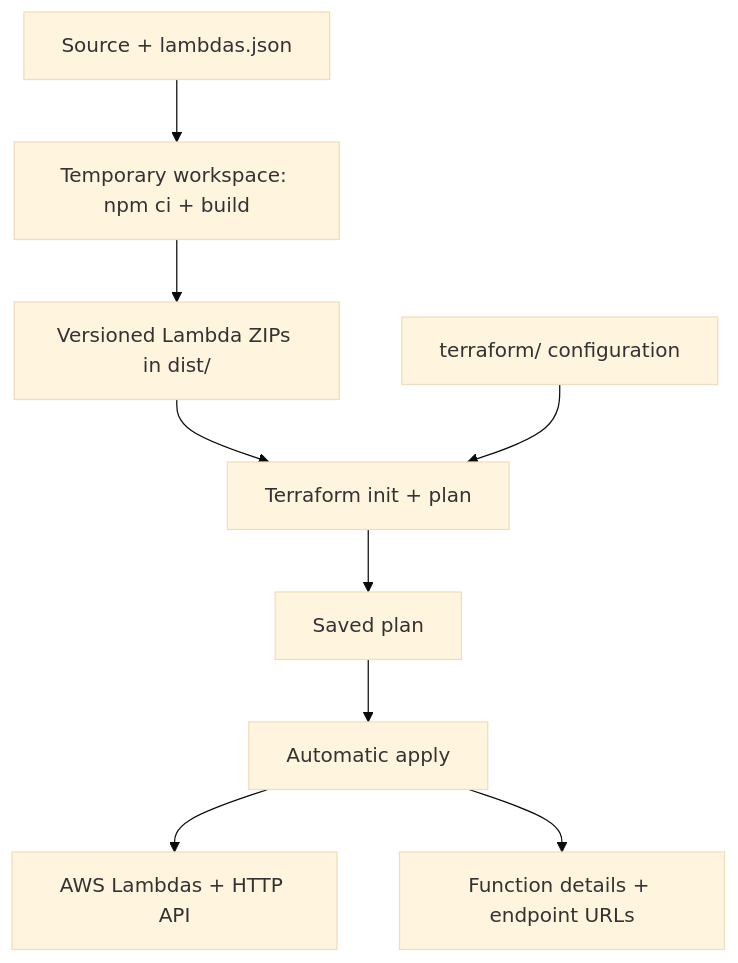
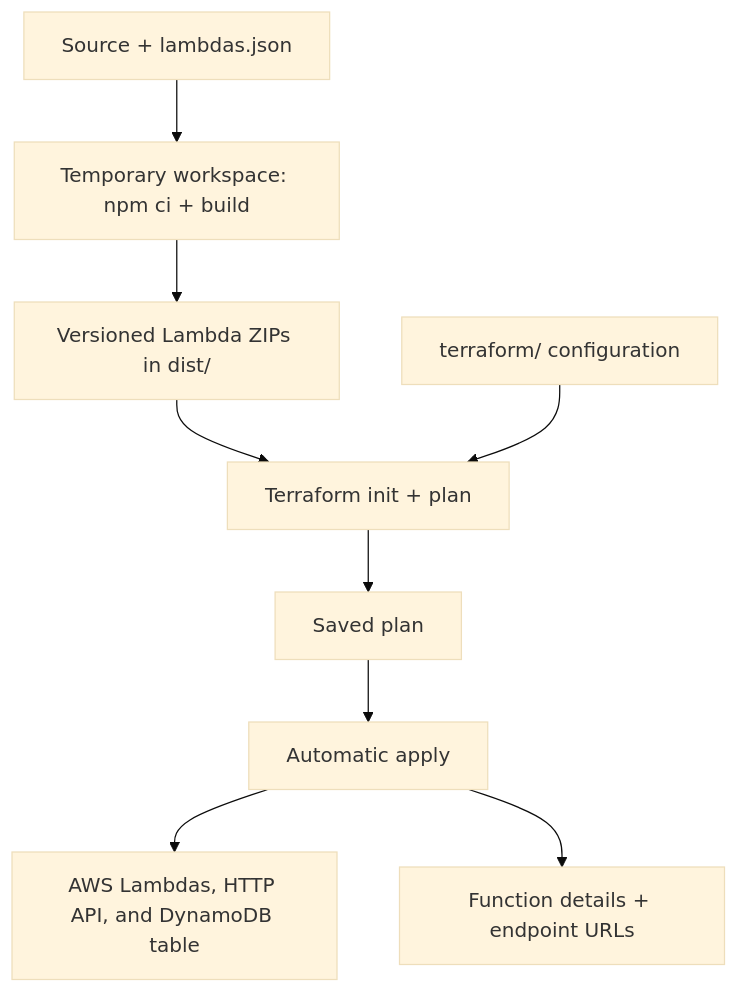
The diagram in docs/deployment.md (gabrielroriz/aws-resilient-payment-flow), drawn with Mermaid (base theme) before and after one commit. The commit also changed other lines of this file and 3 other files, not shown here.

Commit message:
feat: provision the webhook events DynamoDB table with Terraform

````diff
--- a/docs/deployment.md
+++ b/docs/deployment.md
@@ -25,11 +25,11 @@
 ```mermaid
 flowchart TD
     Source["Source + lambdas.json"] --> Build["Temporary workspace: npm ci + build"]
     Build --> ZIP["Versioned Lambda ZIPs in dist/"]
     ZIP --> Plan["Terraform init + plan"]
     Config["terraform/ configuration"] --> Plan
     Plan --> Saved["Saved plan"]
     Saved --> Apply["Automatic apply"]
-    Apply --> AWS["AWS Lambdas + HTTP API"]
+    Apply --> AWS["AWS Lambdas, HTTP API, and DynamoDB table"]
     Apply --> Outputs["Function details + endpoint URLs"]
 ```
````
